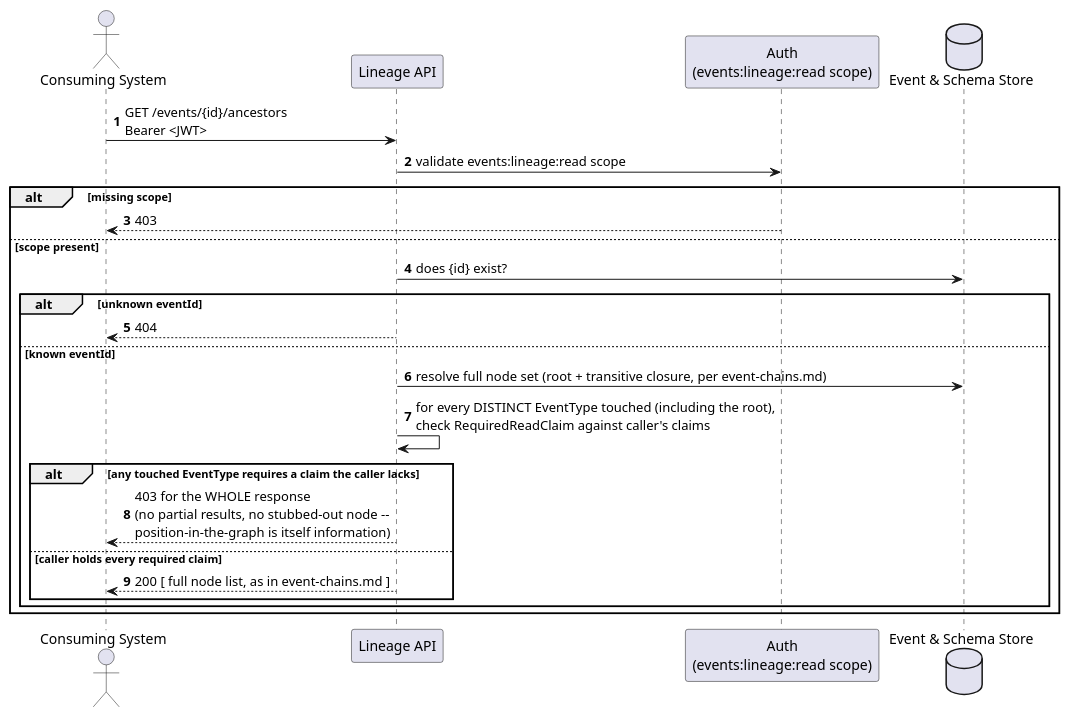
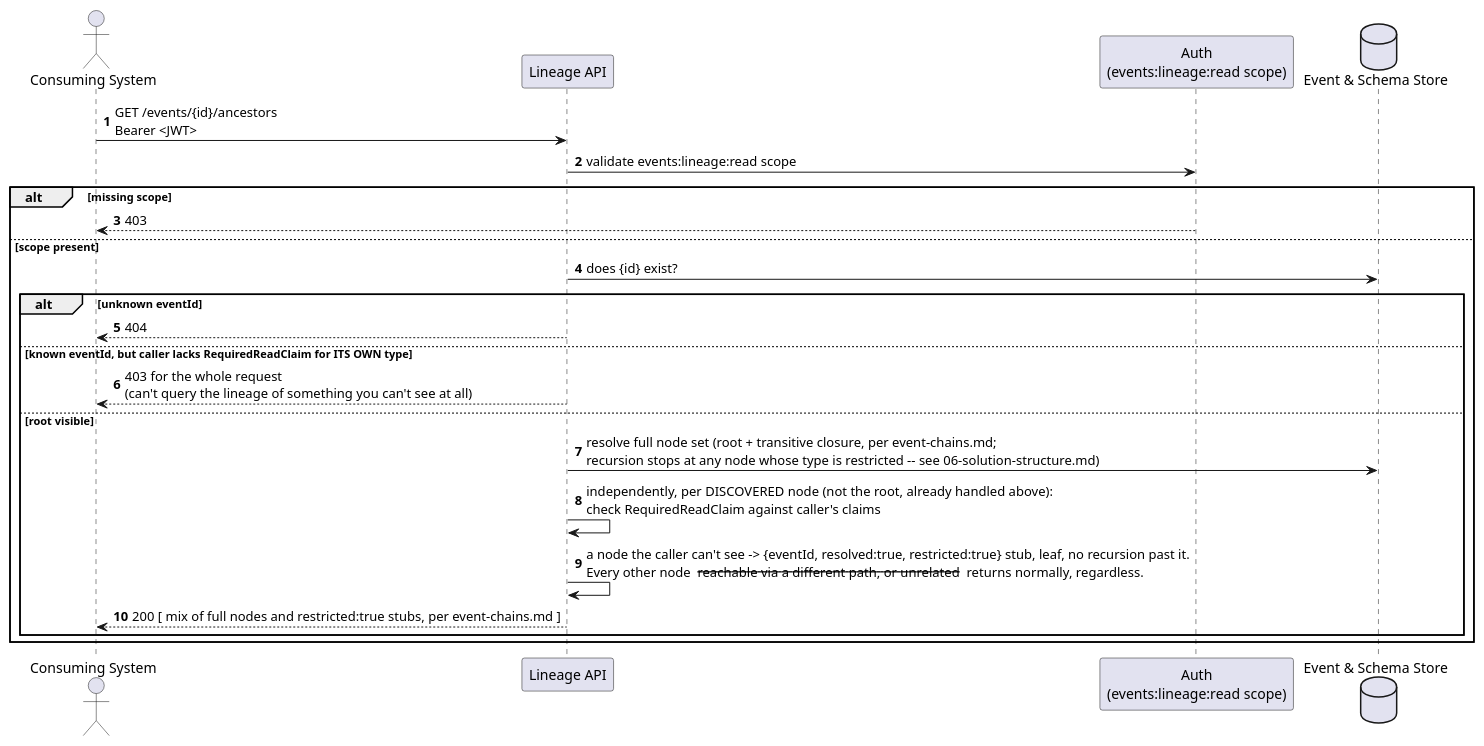
The third of 4 diagrams in docs/features/event-security.md (Mwwhited-BookLearning/EventSourcing), drawn with PlantUML before and after one commit. The commit also changed other lines of this file and 13 other files, not shown here.

````diff
--- a/docs/features/event-security.md
+++ b/docs/features/event-security.md
@@ -74,28 +74,27 @@
 ```plantuml
 @startuml EventSecurity_Lineage_Sequence
 autonumber
 actor "Consuming System" as client
 participant "Lineage API" as endpoint
 participant "Auth\n(events:lineage:read scope)" as scopeAuth
 database "Event & Schema Store" as db
 
 client -> endpoint: GET /events/{id}/ancestors\nBearer <JWT>
 endpoint -> scopeAuth: validate events:lineage:read scope
 alt missing scope
   scopeAuth --> client: 403
 else scope present
   endpoint -> db: does {id} exist?
   alt unknown eventId
     endpoint --> client: 404
-  else known eventId
-    endpoint -> db: resolve full node set (root + transitive closure, per event-chains.md)
-    endpoint -> endpoint: for every DISTINCT EventType touched (including the root),\ncheck RequiredReadClaim against caller's claims
-    alt any touched EventType requires a claim the caller lacks
-      endpoint --> client: 403 for the WHOLE response\n(no partial results, no stubbed-out node --\nposition-in-the-graph is itself information)
-    else caller holds every required claim
-      endpoint --> client: 200 [ full node list, as in event-chains.md ]
-    end
+  else known eventId, but caller lacks RequiredReadClaim for ITS OWN type
+    endpoint --> client: 403 for the whole request\n(can't query the lineage of something you can't see at all)
+  else root visible
+    endpoint -> db: resolve full node set (root + transitive closure, per event-chains.md;\nrecursion stops at any node whose type is restricted -- see 06-solution-structure.md)
+    endpoint -> endpoint: independently, per DISCOVERED node (not the root, already handled above):\ncheck RequiredReadClaim against caller's claims
+    endpoint -> endpoint: a node the caller can't see -> {eventId, resolved:true, restricted:true} stub, leaf, no recursion past it.\nEvery other node -- reachable via a different path, or unrelated -- returns normally, regardless.
+    endpoint --> client: 200 [ mix of full nodes and restricted:true stubs, per event-chains.md ]
   end
 end
 @enduml
 ```
````
